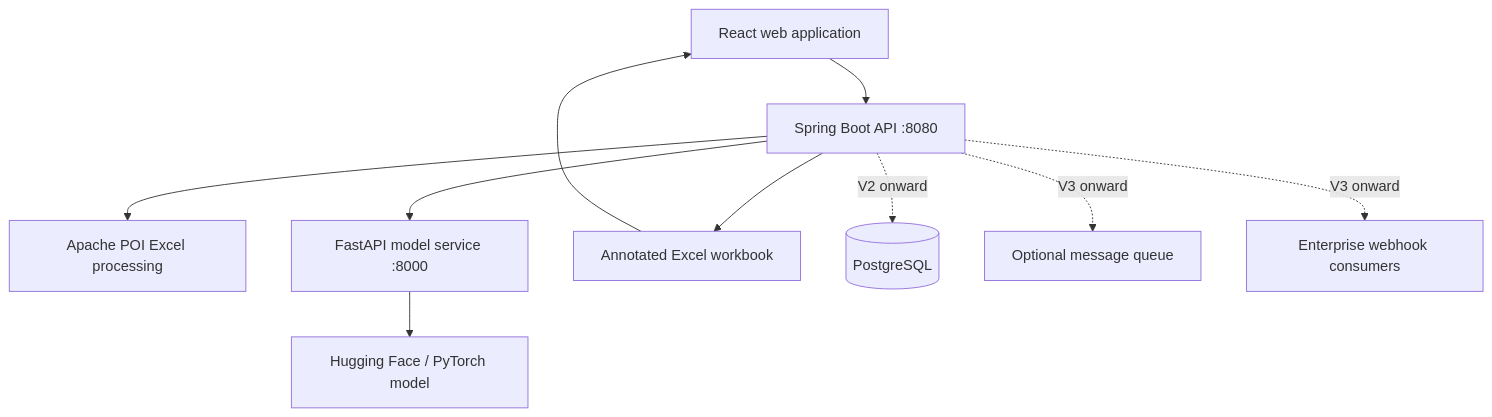
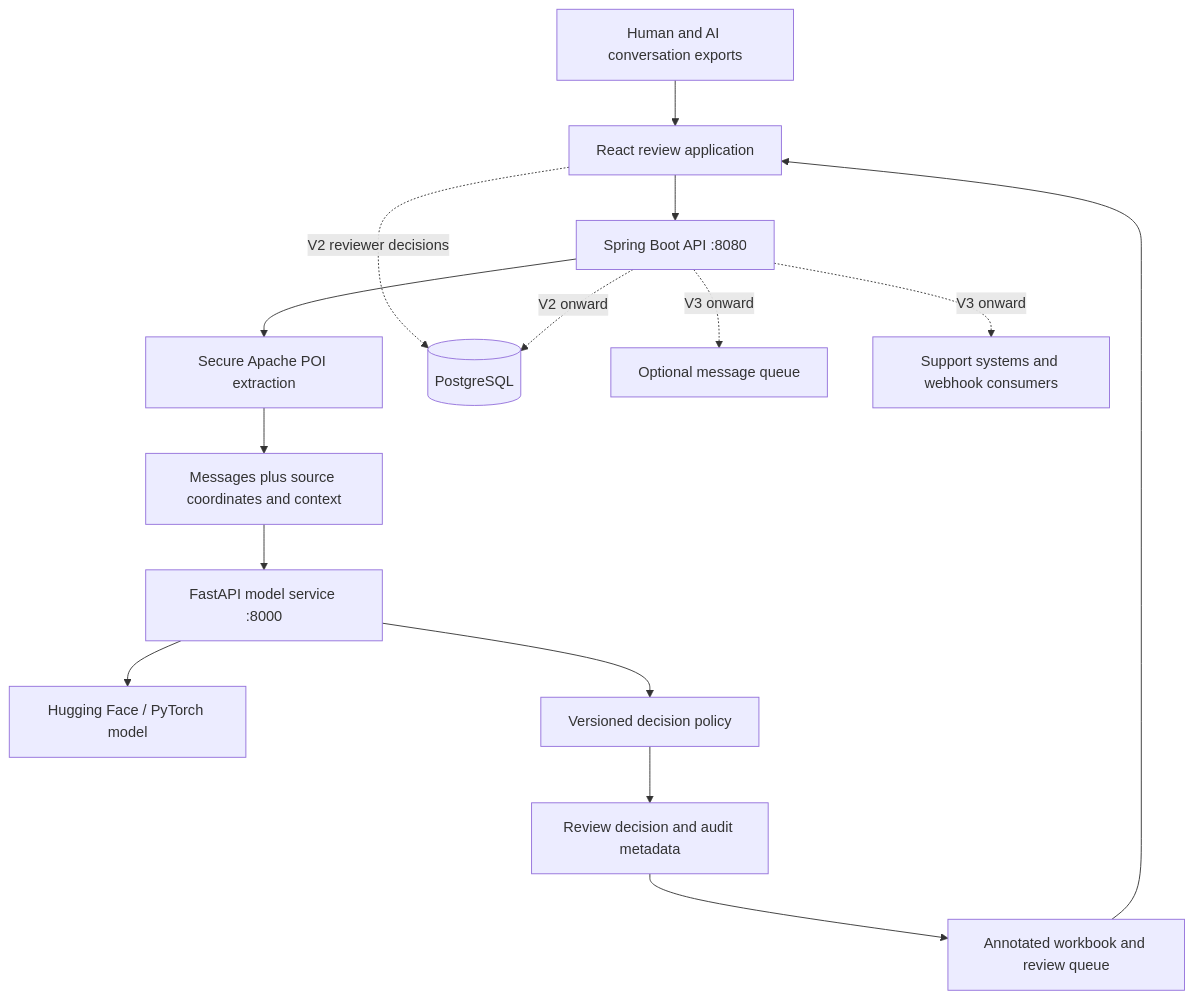
Before and after one commit to S-SuryaPrakash/FanityPro: the fourth of 5 diagrams in README.md, drawn with Mermaid. The commit also changed other lines of this file and 26 other files, not shown here.

````diff
--- a/README.md
+++ b/README.md
@@ -394,13 +506,18 @@
 ```mermaid
 flowchart TD
-    UI[React web application] --> API[Spring Boot API :8080]
-    API --> Excel[Apache POI Excel processing]
-    API --> Model[FastAPI model service :8000]
+    Sources[Human and AI conversation exports] --> UI[React review application]
+    UI --> API[Spring Boot API :8080]
+    API --> Excel[Secure Apache POI extraction]
+    Excel --> Context[Messages plus source coordinates and context]
+    Context --> Model[FastAPI model service :8000]
     Model --> HF[Hugging Face / PyTorch model]
-    API --> Output[Annotated Excel workbook]
+    Model --> Policy[Versioned decision policy]
+    Policy --> Review[Review decision and audit metadata]
+    Review --> Output[Annotated workbook and review queue]
     Output --> UI
 
-    API -. V2 onward .-> DB[(PostgreSQL)]
+    UI -. V2 reviewer decisions .-> DB[(PostgreSQL)]
+    API -. V2 onward .-> DB
     API -. V3 onward .-> Queue[Optional message queue]
-    API -. V3 onward .-> External[Enterprise webhook consumers]
+    API -. V3 onward .-> External[Support systems and webhook consumers]
 ```
````
